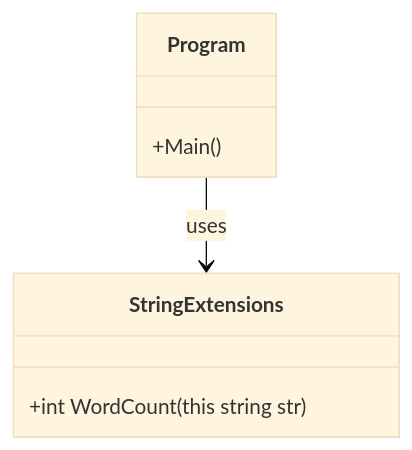
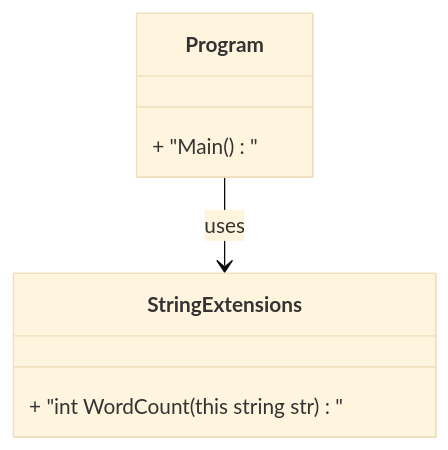
One commit to 42jerrykim/42jerrykim.github.io changed the ninth of 17 diagrams in content/post/2024/2024-10-16-csharp-object-oriented/index.md. Above: the diagram before and after it, drawn with Mermaid (base theme). The commit also changed other lines of this file and 239 other files, not shown here.

````diff
--- a/content/post/2024/2024-10-16-csharp-object-oriented/index.md
+++ b/content/post/2024/2024-10-16-csharp-object-oriented/index.md
@@ -987,10 +842,10 @@
 ```mermaid
 classDiagram
     class StringExtensions {
-        +int WordCount(this string str)
+        + "int WordCount(this string str)"
     }
     class Program {
-        +Main()
+        + "Main()"
     }
     Program --> StringExtensions : uses
 ```
````
